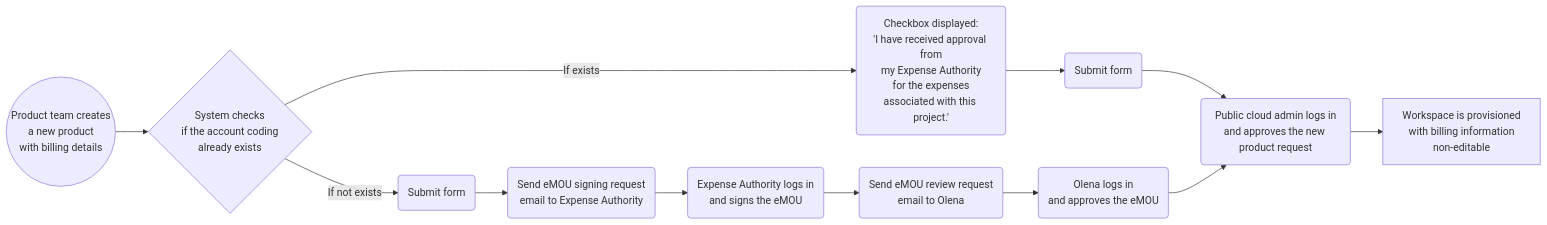
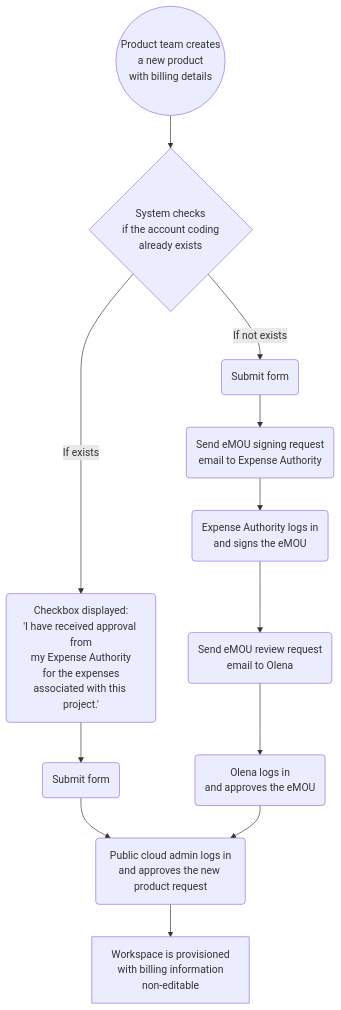
Before and after one commit to bcgov/platform-services-registry: the diagram in docs/emou-workflow.md, drawn with Mermaid.

Commit message:
chore(3502): display the diagram vertically

````diff
--- a/docs/emou-workflow.md
+++ b/docs/emou-workflow.md
@@ -3,13 +3,15 @@
 ```mermaid
-flowchart LR
-    A((Product team creates<br>a new product<br>with billing details)) --> B{System checks<br>if the account coding<br>already exists}
-    B -->|If exists| B1A(Checkbox displayed:<br>'I have received approval from<br>my Expense Authority<br>for the expenses<br>associated with this project.') -->
-    B1B(Submit form) --> C
-    B -->|If not exists| B2A(Submit form) -->
-    B2B(Send eMOU signing request<br>email to Expense Authority) -->
-    B2C(Expense Authority logs in<br>and signs the eMOU) -->
-    B2D(Send eMOU review request<br>email to Olena) -->
-    B2E(Olena logs in<br>and approves the eMOU) --> C
-    C(Public cloud admin logs in<br>and approves the new product request) -->
-    D[Workspace is provisioned<br>with billing information<br>non-editable]
+flowchart TB
+    A((Product team creates<br>a new product<br>with billing details))
+    A --> B{System checks<br>if the account coding<br>already exists}
+    B -->|If exists| B1A(Checkbox displayed:<br>'I have received approval from<br>my Expense Authority<br>for the expenses<br>associated with this project.')
+    B1A --> B1B(Submit form)
+    B1B --> C
+    B -->|If not exists| B2A(Submit form)
+    B2A --> B2B(Send eMOU signing request<br>email to Expense Authority)
+    B2B --> B2C(Expense Authority logs in<br>and signs the eMOU)
+    B2C --> B2D(Send eMOU review request<br>email to Olena)
+    B2D --> B2E(Olena logs in<br>and approves the eMOU)
+    B2E --> C(Public cloud admin logs in<br>and approves the new product request)
+    C --> D[Workspace is provisioned<br>with billing information<br>non-editable]
 ```
````
